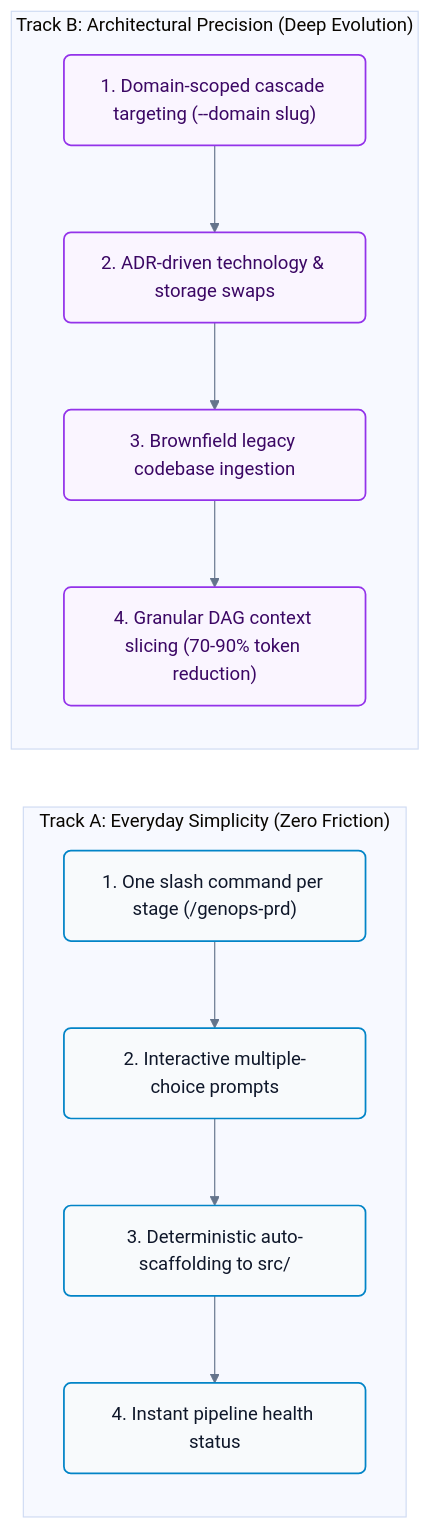
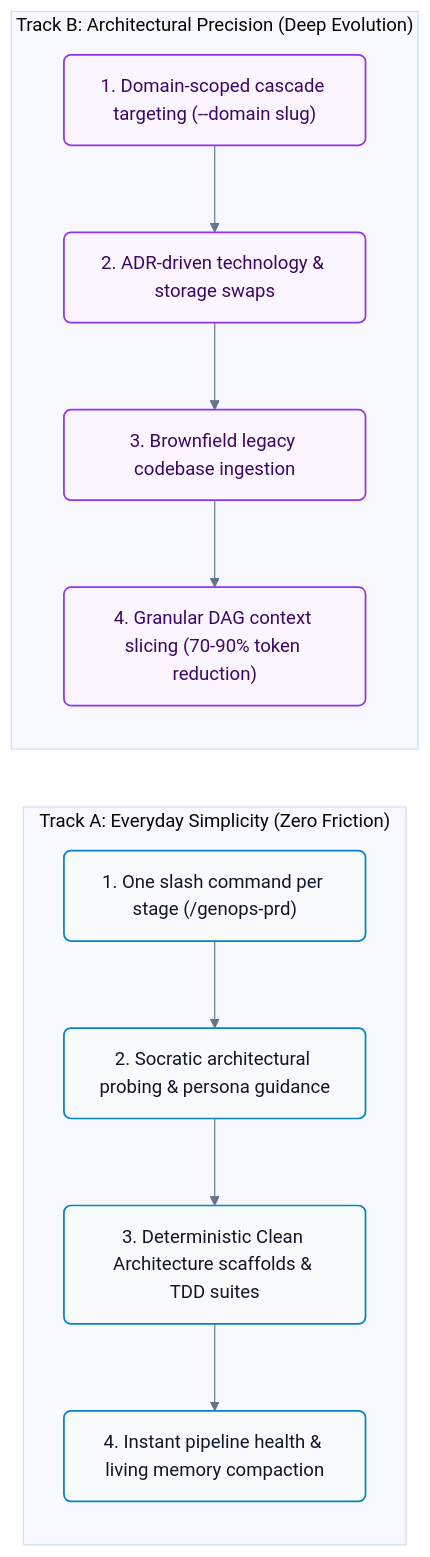
The first of 8 diagrams in docs/guides/USE_CASES_AND_WORKFLOWS.md (seismael/GenOps), drawn with Mermaid before and after one commit. The commit also changed other lines of this file and 46 other files, not shown here.

Commit message:
feat: implement GenOps scaffolding system with multi-language templates, agentic skill definitions, and architectural workflow documentation

````diff
--- a/docs/guides/USE_CASES_AND_WORKFLOWS.md
+++ b/docs/guides/USE_CASES_AND_WORKFLOWS.md
@@ -11,26 +11,26 @@
 ```mermaid
 %%{init: {'theme': 'base', 'themeVariables': { 'fontFamily': 'Inter, system-ui, sans-serif', 'lineColor': '#64748b', 'primaryTextColor': '#0f172a' }}}%%
 flowchart LR
     subgraph TrackA ["Track A: Everyday Simplicity (Zero Friction)"]
         direction TB
         A1["1. One slash command per stage (/genops-prd)"]
-        A2["2. Interactive multiple-choice prompts"]
-        A3["3. Deterministic auto-scaffolding to src/"]
-        A4["4. Instant pipeline health status"]
+        A2["2. Socratic architectural probing & persona guidance"]
+        A3["3. Deterministic Clean Architecture scaffolds & TDD suites"]
+        A4["4. Instant pipeline health & living memory compaction"]
         A1 --> A2 --> A3 --> A4
     end
 
     subgraph TrackB ["Track B: Architectural Precision (Deep Evolution)"]
         direction TB
         B1["1. Domain-scoped cascade targeting (--domain slug)"]
         B2["2. ADR-driven technology & storage swaps"]
         B3["3. Brownfield legacy codebase ingestion"]
         B4["4. Granular DAG context slicing (70-90% token reduction)"]
         B1 --> B2 --> B3 --> B4
     end
 
     classDef trackA fill:#f8fafc,stroke:#0284c7,stroke-width:1.5px,color:#0f172a,rx:6px,ry:6px;
     classDef trackB fill:#faf5ff,stroke:#9333ea,stroke-width:1.5px,color:#3b0764,rx:6px,ry:6px;
     class A1,A2,A3,A4 trackA;
     class B1,B2,B3,B4 trackB;
 ```
````
